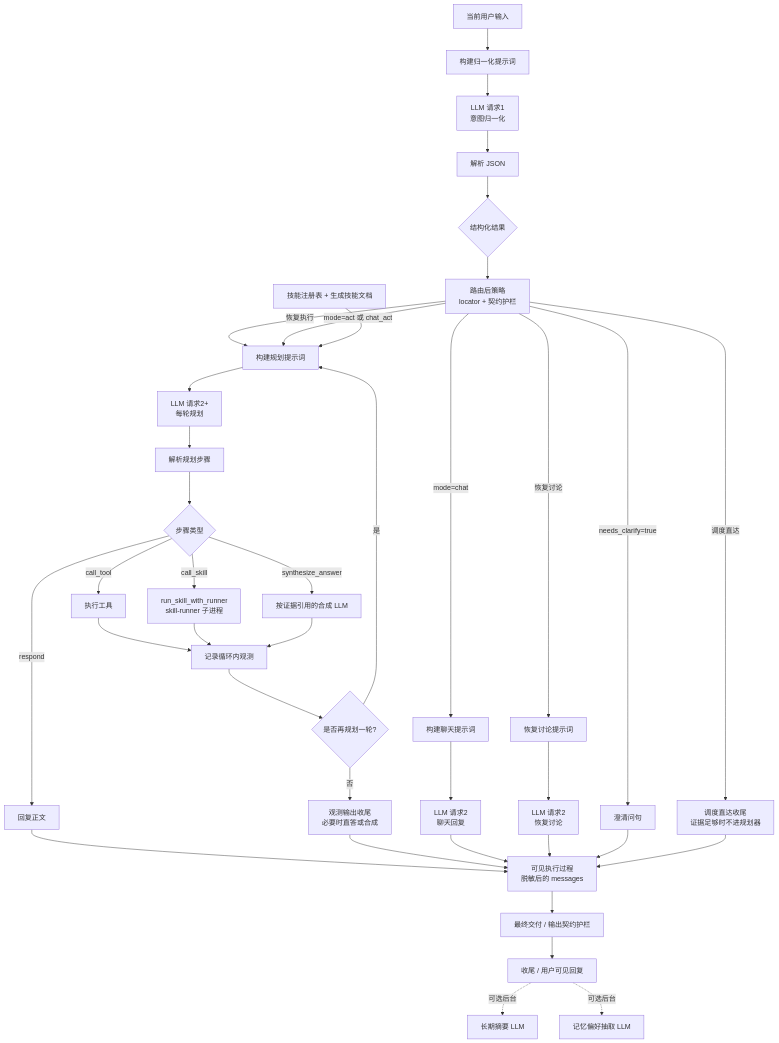
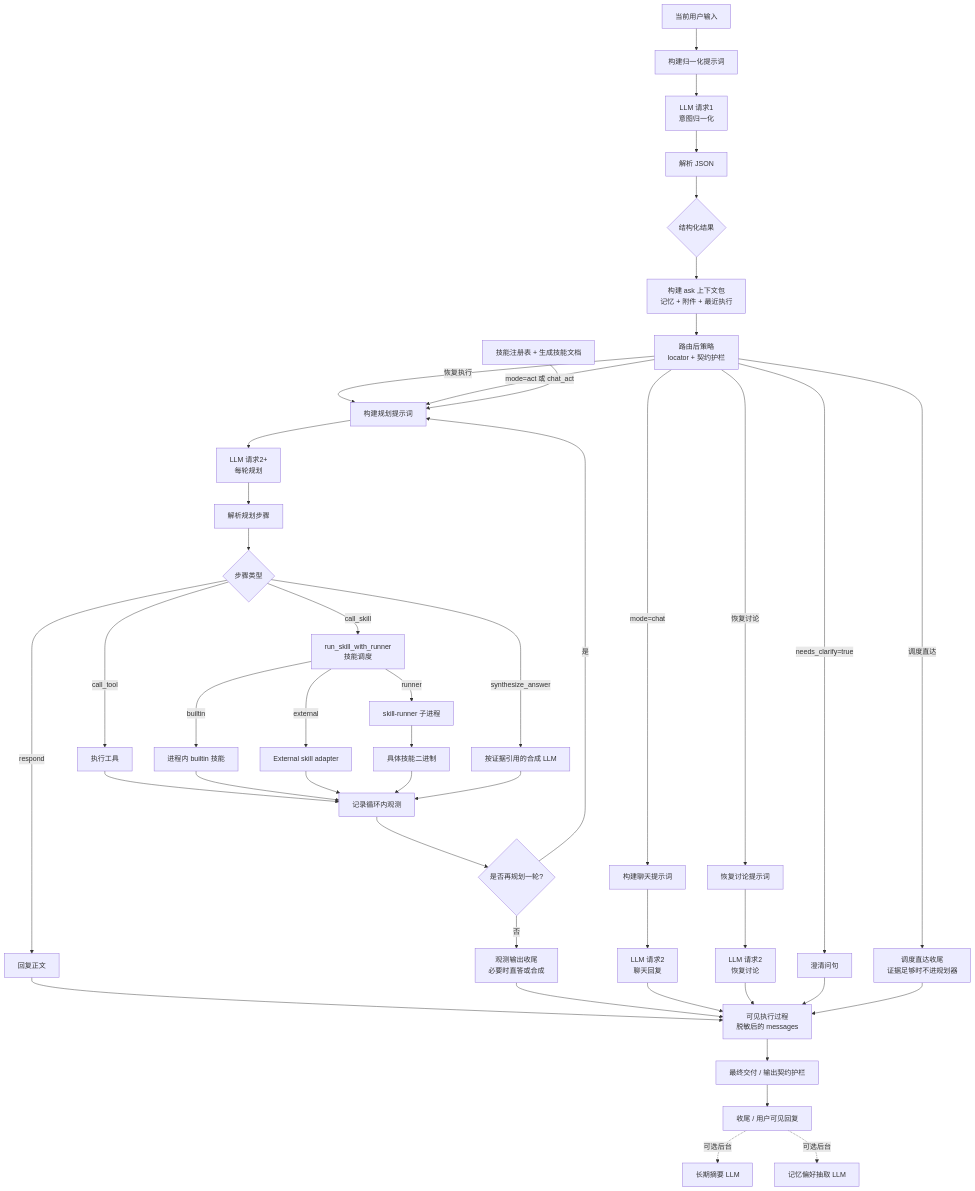
Before and after one commit to MatrixCoreX/RustClaw: the second of 2 diagrams in README.zh-CN.md, drawn with Mermaid. The commit also changed other lines of this file and 1 other file, not shown here.

````diff
--- a/README.zh-CN.md
+++ b/README.zh-CN.md
@@ -100,40 +108,47 @@
 ```mermaid
 flowchart TD
     A[当前用户输入] --> B[构建归一化提示词]
     B --> C[LLM 请求1<br/>意图归一化]
     C --> D[解析 JSON]
     D --> E{结构化结果}
-    E --> E2[路由后策略<br/>locator + 契约护栏]
+    E --> Ec[构建 ask 上下文包<br/>记忆 + 附件 + 最近执行]
+    Ec --> E2[路由后策略<br/>locator + 契约护栏]
     E2 -->|调度直达| Fs[调度直达收尾<br/>证据足够时不进规划器]
     E2 -->|恢复讨论| Fr[恢复讨论提示词]
     E2 -->|恢复执行| H
     E2 -->|needs_clarify=true| F[澄清问句]
     E2 -->|mode=chat| G[构建聊天提示词]
     E2 -->|mode=act 或 chat_act| H[构建规划提示词]
     SK[技能注册表 + 生成技能文档] --> H
     G --> Ic[LLM 请求2<br/>聊天回复]
     Fr --> Ir[LLM 请求2<br/>恢复讨论]
     H --> Ip[LLM 请求2+<br/>每轮规划]
     Ip --> J[解析规划步骤]
     J --> K{步骤类型}
     K -->|respond| L[回复正文]
     K -->|call_tool| M[执行工具]
-    K -->|call_skill| Ms[run_skill_with_runner<br/>skill-runner 子进程]
+    K -->|call_skill| Ms[run_skill_with_runner<br/>技能调度]
+    Ms -->|builtin| Msb[进程内 builtin 技能]
+    Ms -->|external| Mse[External skill adapter]
+    Ms -->|runner| Msr[skill-runner 子进程]
+    Msr --> Msbinary[具体技能二进制]
     K -->|synthesize_answer| N[按证据引用的合成 LLM]
     M --> O[记录循环内观测]
-    Ms --> O
+    Msb --> O
+    Mse --> O
+    Msbinary --> O
     N --> O
     O --> P{是否再规划一轮?}
     P -->|是| H
     P -->|否| Q[观测输出收尾<br/>必要时直答或合成]
     L --> VP[可见执行过程<br/>脱敏后的 messages]
     Q --> VP
     Ic --> VP
     Ir --> VP
     F --> VP
     Fs --> VP
     VP --> R[最终交付 / 输出契约护栏]
     R --> S[收尾 / 用户可见回复]
     S -. 可选后台 .-> T[长期摘要 LLM]
     S -. 可选后台 .-> U[记忆偏好抽取 LLM]
 ```
````
